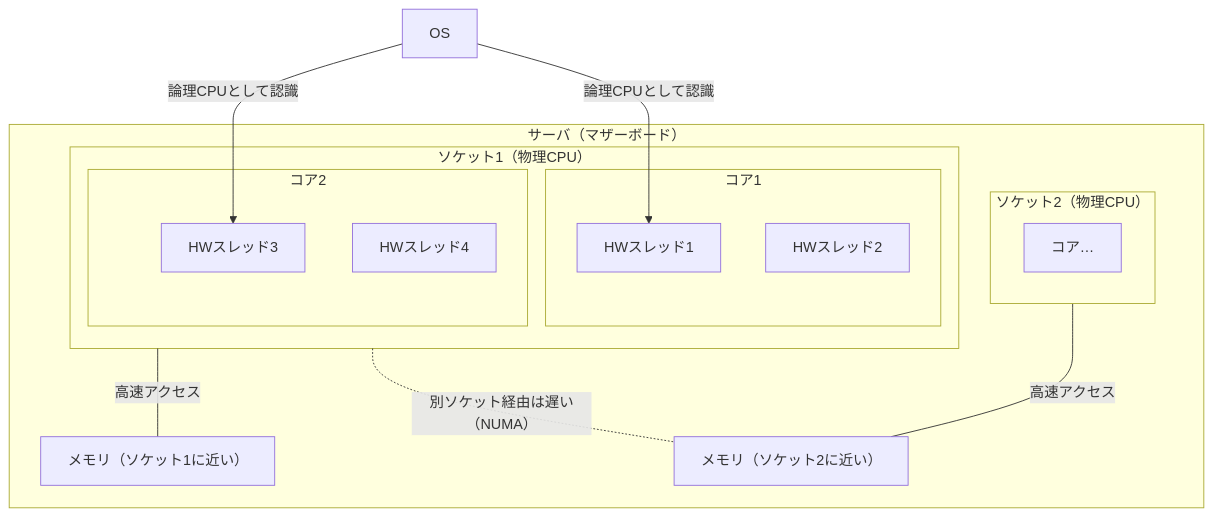
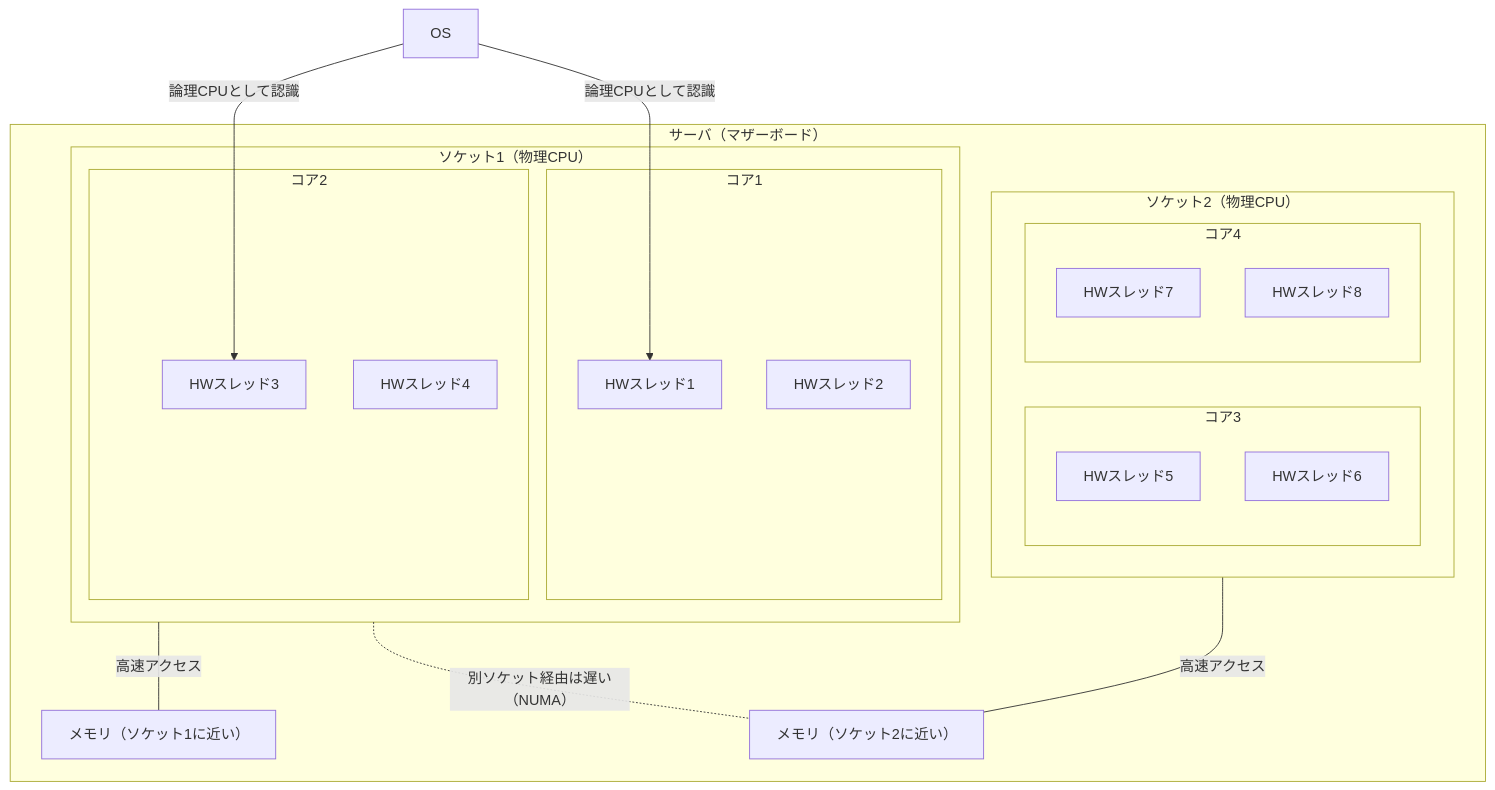
One commit to Bassiy/share_knowledge changed the diagram in concepts/cpu_topology.md. Above: the diagram before and after it, drawn with Mermaid.

Commit message:
sync: update from info repo

````diff
--- a/concepts/cpu_topology.md
+++ b/concepts/cpu_topology.md
@@ -10,26 +10,33 @@
 ```mermaid
 flowchart TD
     subgraph Server["サーバ（マザーボード）"]
         subgraph S1["ソケット1（物理CPU）"]
             subgraph C1["コア1"]
                 T1["HWスレッド1"]
                 T2["HWスレッド2"]
             end
             subgraph C2["コア2"]
                 T3["HWスレッド3"]
                 T4["HWスレッド4"]
             end
         end
         subgraph S2["ソケット2（物理CPU）"]
-            C3["コア…"]
+            subgraph C3["コア3"]
+                T5["HWスレッド5"]
+                T6["HWスレッド6"]
+            end
+            subgraph C4["コア4"]
+                T7["HWスレッド7"]
+                T8["HWスレッド8"]
+            end
         end
         M1["メモリ（ソケット1に近い）"]
         M2["メモリ（ソケット2に近い）"]
     end
     OS["OS"]
     S1 -- 高速アクセス --- M1
     S2 -- 高速アクセス --- M2
     S1 -. 別ソケット経由は遅い（NUMA） .- M2
     OS -- "論理CPUとして認識" --> T1
     OS -- "論理CPUとして認識" --> T3
 ```
````
